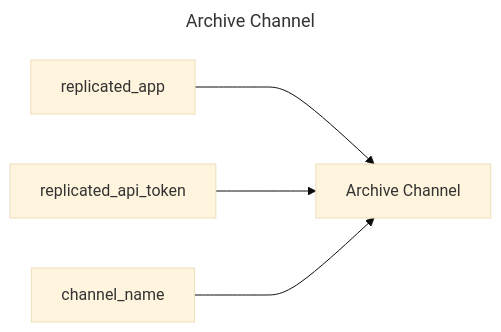
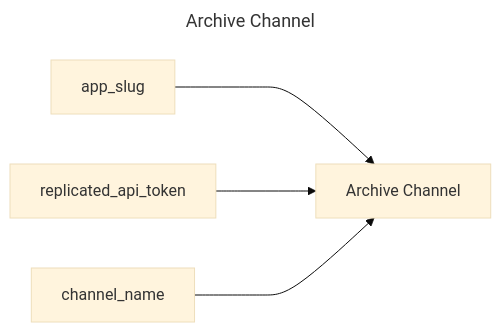
The diagram in archive-channel/README.md (replicatedhq/replicated-actions), drawn with Mermaid (base theme) before and after one commit. The commit also changed other lines of this file and 28 other files, not shown here.

Commit message:
renaming replicated-app to app-slug

````diff
--- a/archive-channel/README.md
+++ b/archive-channel/README.md
@@ -3,10 +3,10 @@
 ```mermaid
 ---
 title: Archive Channel
 ---
 graph LR
 archive_channel["Archive Channel"]
-replicated_app ---> archive_channel
+app_slug ---> archive_channel
 replicated_api_token ---> archive_channel
 channel_name ---> archive_channel
 ```
````
